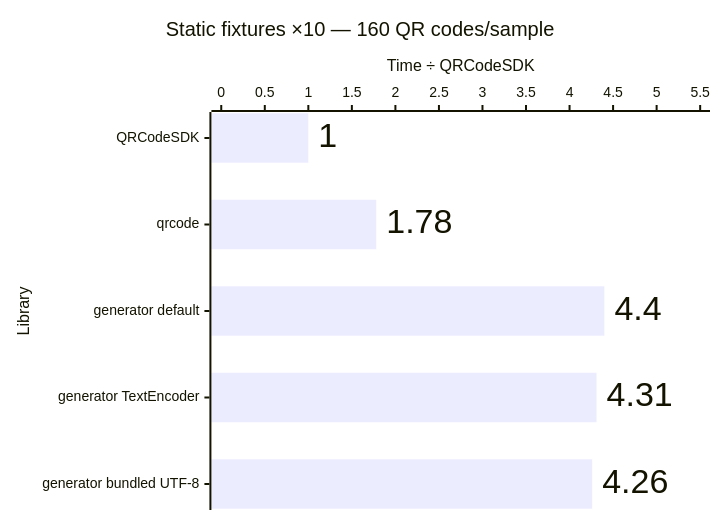
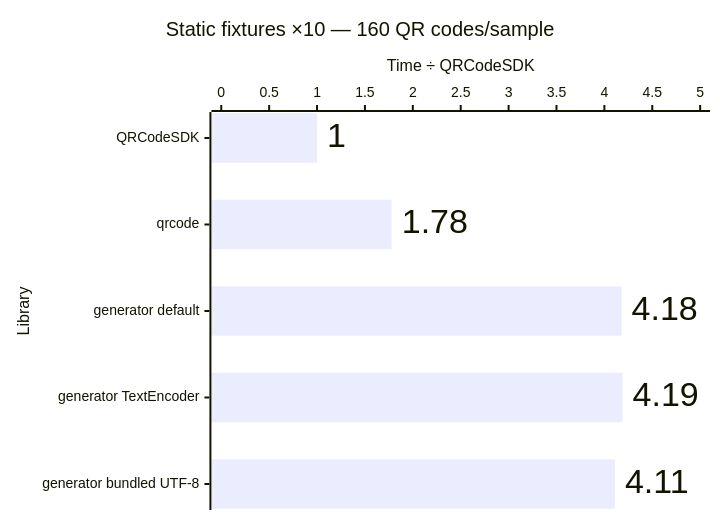
One commit to Dafnik/qrcodesdk changed the third of 12 diagrams in apps/docs/src/content/docs/advanced/performance.md. Above: the diagram before and after it, drawn with Mermaid. The commit also changed other lines of this file and 5 other files, not shown here.

````diff
--- a/apps/docs/src/content/docs/advanced/performance.md
+++ b/apps/docs/src/content/docs/advanced/performance.md
@@ -57,15 +57,15 @@
 ```mermaid
 ---
 config:
   xyChart:
     showDataLabel: true
     showDataLabelOutsideBar: true
 ---
 xychart horizontal
   accTitle: Matrix generation: Static fixtures ×10 — 160 QR codes/sample
-  accDescr: Relative median time compared with QRCodeSDK. QRCodeSDK 1.00 times, qrcode 1.78 times, generator default 4.40 times, generator TextEncoder 4.31 times, generator bundled UTF-8 4.26 times. Lower is better.
+  accDescr: Relative median time compared with QRCodeSDK. QRCodeSDK 1.00 times, qrcode 1.78 times, generator default 4.18 times, generator TextEncoder 4.19 times, generator bundled UTF-8 4.11 times. Lower is better.
   title "Static fixtures ×10 — 160 QR codes/sample"
   x-axis "Library" ["QRCodeSDK", "qrcode", "generator default", "generator TextEncoder", "generator bundled UTF-8"]
-  y-axis "Time ÷ QRCodeSDK" 0 --> 5.5
-  bar [1.00, 1.78, 4.40, 4.31, 4.26]
+  y-axis "Time ÷ QRCodeSDK" 0 --> 5.0
+  bar [1.00, 1.78, 4.18, 4.19, 4.11]
 ```
````
